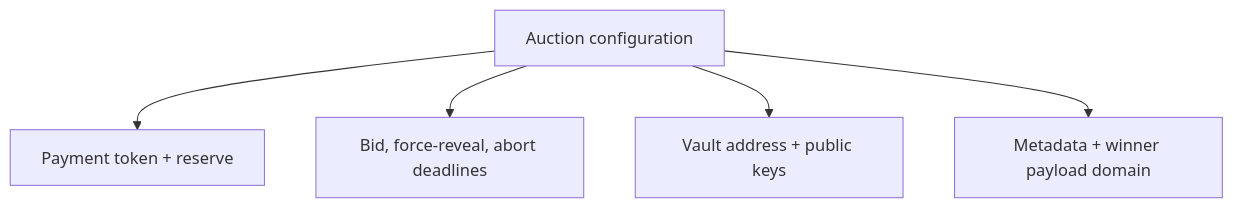
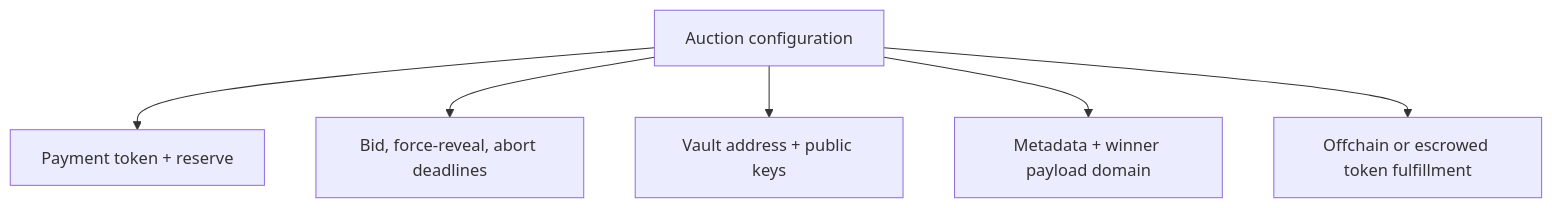
Before and after one commit to broody/whisper: the first of 3 diagrams in docs/src/pages/how-whisper-works.mdx, drawn with Mermaid. The commit also changed other lines of this file and 31 other files, not shown here.

````diff
--- a/docs/src/pages/how-whisper-works.mdx
+++ b/docs/src/pages/how-whisper-works.mdx
@@ -43,13 +44,15 @@
 ```mermaid
 flowchart TB
   config["Auction configuration"]
   token["Payment token + reserve"]
   timing["Bid, force-reveal, abort deadlines"]
   vault["Vault address + public keys"]
   app["Metadata + winner payload domain"]
+  fulfillment["Offchain or escrowed token fulfillment"]
 
   config --> token
   config --> timing
   config --> vault
   config --> app
+  config --> fulfillment
 ```
````
